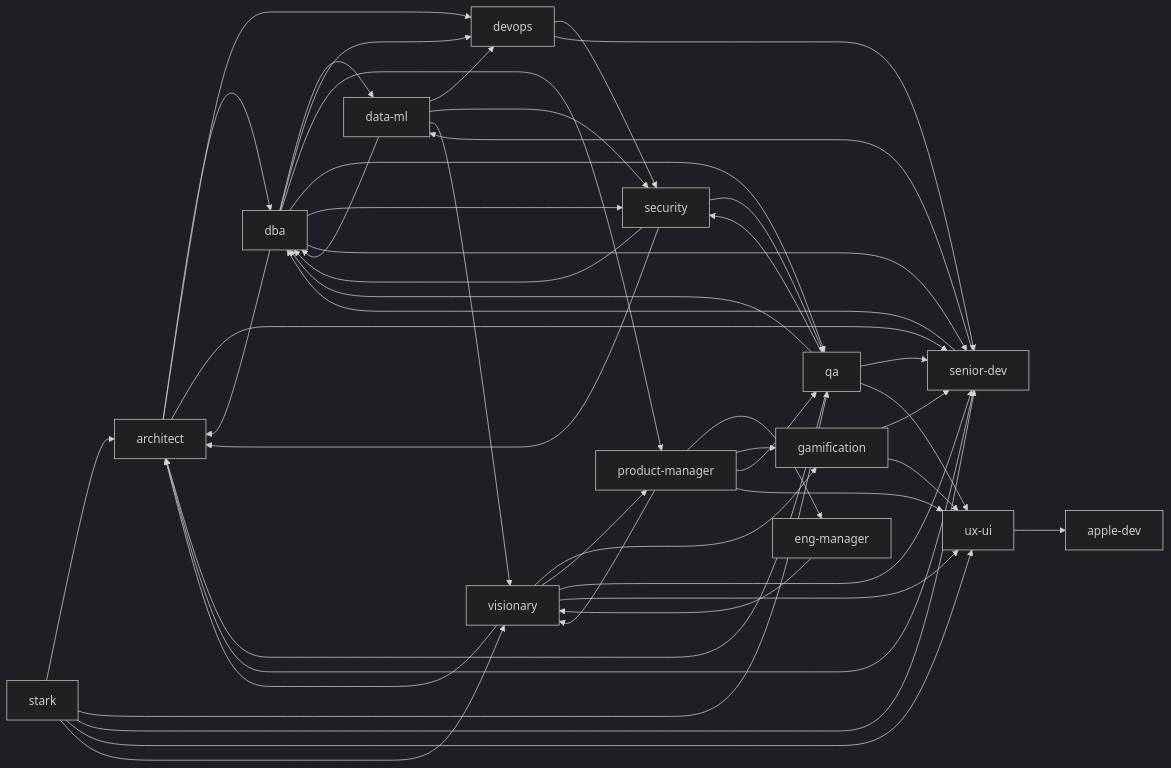
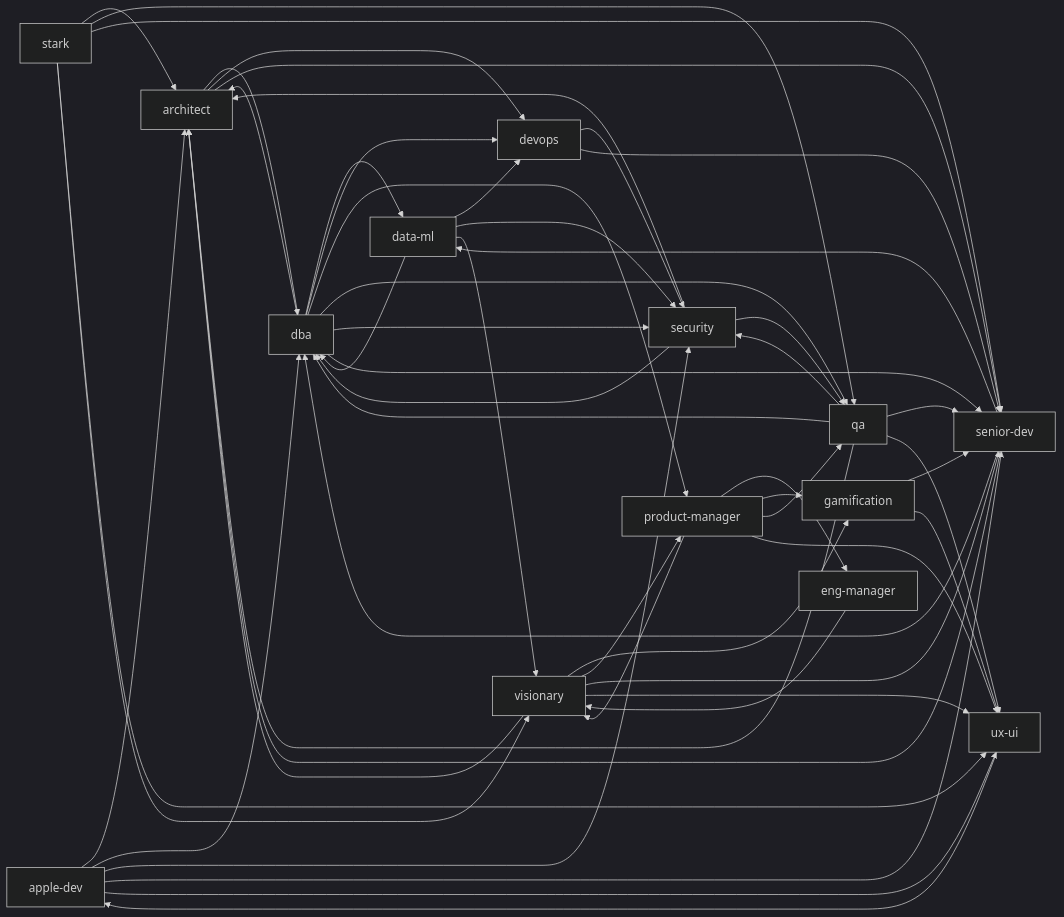
Before and after one commit to jrodrigopuca/local-agents: the second of 4 diagrams in GRAPH.md, drawn with Mermaid (dark theme). The commit also changed other lines of this file and 11 other files, not shown here.

Commit message:
feat(apple-dev): de mentor a par de plataforma Apple, hereda el contrato de par y enseña solo ante la señal del usuario; skills sin modo enseñanza por defecto, docs y routing; discriminadores 1/3 y 0/3 → 3/3, guardianes sin pérdidas, paso 2

````diff
--- a/GRAPH.md
+++ b/GRAPH.md
@@ -58,61 +58,67 @@
 ```mermaid
 flowchart LR
+    apple-dev --> architect
+    apple-dev --> dba
+    apple-dev --> security
+    apple-dev --> senior-dev
+    apple-dev --> ux-ui
+
     architect --> dba
     architect --> devops
     architect --> senior-dev
 
     data-ml --> dba
     data-ml --> devops
     data-ml --> security
     data-ml --> visionary
 
     dba --> architect
     dba --> data-ml
     dba --> devops
     dba --> product-manager
     dba --> qa
     dba --> security
     dba --> senior-dev
 
     devops --> security
     devops --> senior-dev
 
     eng-manager --> visionary
 
     gamification --> senior-dev
     gamification --> ux-ui
 
     product-manager --> eng-manager
     product-manager --> gamification
     product-manager --> qa
     product-manager --> ux-ui
     product-manager --> visionary
 
     qa --> architect
     qa --> dba
     qa --> security
     qa --> senior-dev
     qa --> ux-ui
 
     security --> architect
     security --> dba
     security --> qa
 
     senior-dev --> architect
     senior-dev --> data-ml
     senior-dev --> dba
 
     stark --> architect
     stark --> qa
     stark --> senior-dev
     stark --> ux-ui
     stark --> visionary
 
     ux-ui --> apple-dev
 
     visionary --> architect
     visionary --> gamification
     visionary --> product-manager
     visionary --> senior-dev
     visionary --> ux-ui
 ```
````
